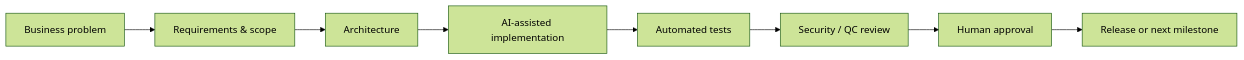
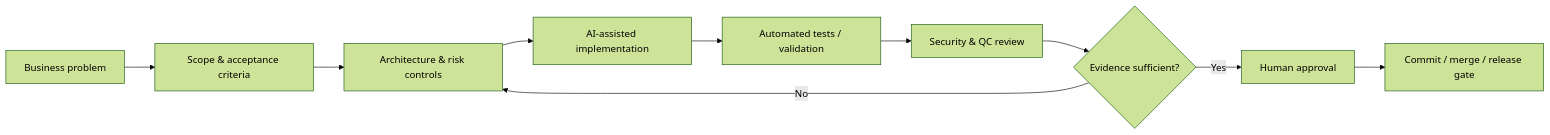
One commit to FIXLINK92/JCB-AI-Portfolio changed the diagram in README.md. Above: the diagram before and after it, drawn with Mermaid (forest theme). The commit also changed other lines of this file and 14 other files, not shown here.

````diff
--- a/README.md
+++ b/README.md
@@ -37,10 +33,12 @@
 ```mermaid
 flowchart LR
-    A[Business problem] --> B[Requirements & scope]
-    B --> C[Architecture]
+    A[Business problem] --> B[Scope & acceptance criteria]
+    B --> C[Architecture & risk controls]
     C --> D[AI-assisted implementation]
-    D --> E[Automated tests]
-    E --> F[Security / QC review]
-    F --> G[Human approval]
-    G --> H[Release or next milestone]
+    D --> E[Automated tests / validation]
+    E --> F[Security & QC review]
+    F --> G{Evidence sufficient?}
+    G -- No --> C
+    G -- Yes --> H[Human approval]
+    H --> I[Commit / merge / release gate]
 ```
````
